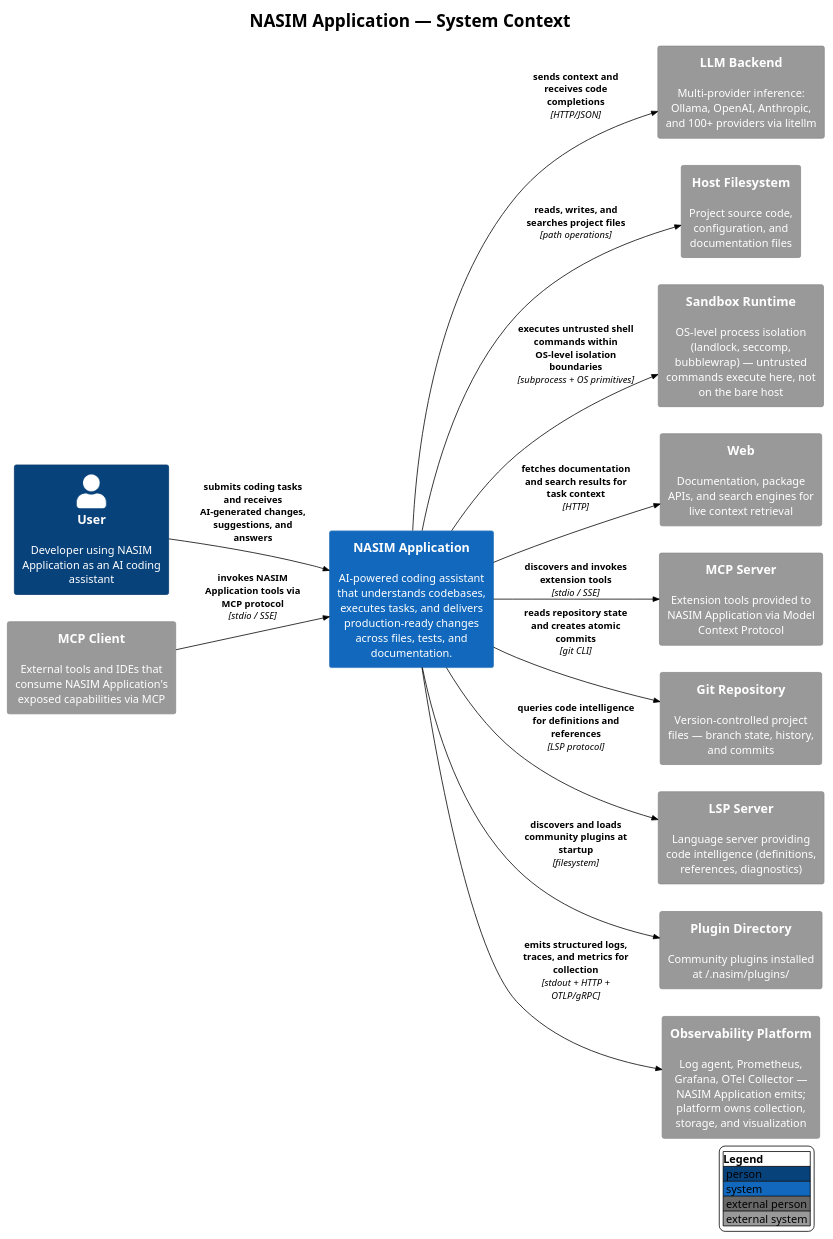
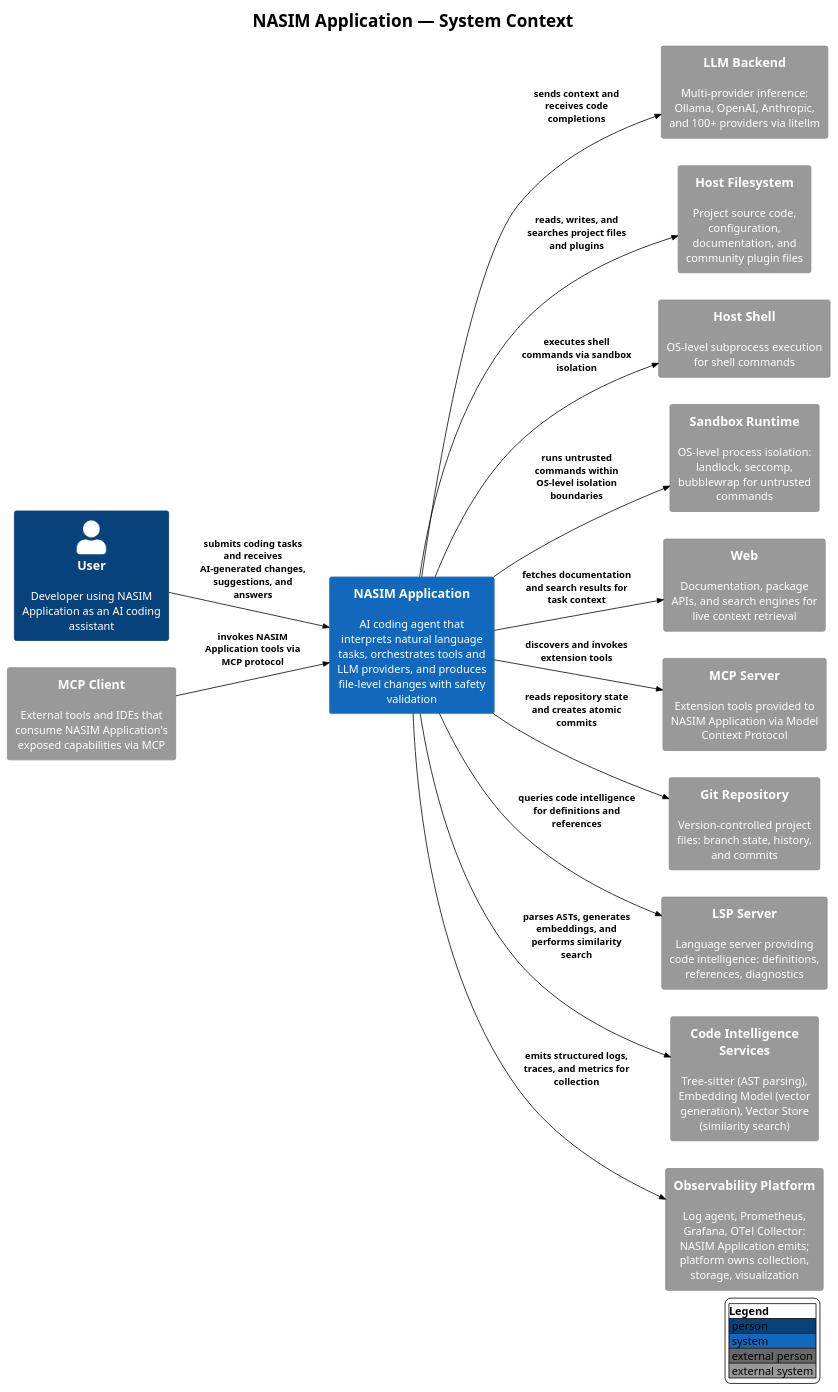
Before and after one commit to salimnamvar/nasim: the diagram in docs/C4/c4_nasim_context.puml, drawn with PlantUML. The commit also changed 1 other file, not shown here.

Commit message:
docs(C4): Update README and context diagram to clarify external systems and their roles; enhance descriptions for improved understanding

```diff
--- a/docs/C4/c4_nasim_context.puml
+++ b/docs/C4/c4_nasim_context.puml
@@ -1,56 +1,65 @@
 @startuml c4_nasim_context
 !include https://raw.githubusercontent.com/plantuml-stdlib/C4-PlantUML/v2.10.0/C4_Context.puml
 !theme plain
 
 ' ============================================================
 ' Title:     NASIM Application — System Context
 ' Boundary:  NASIM Application
 ' Purpose:   Show NASIM Application as a code-agent system with one User actor
 '            and all external systems it depends on or is consumed by.
 '
 '            ABSTRACTION LEVEL NOTES:
 '            This is Level 1 (Context). It shows what the system IS and
 '            what it INTERACTS with — not how it works internally.
-'            Internal implementation details (tree_sitter, embedding_model,
-'            vector_store, CLI vs HTTP entry points) belong in Container
-'            or Component diagrams and are intentionally omitted here.
+'            No containers, no components, no protocols.
+'
+'            GROUPING DECISIONS:
+'            - Plugin Directory is grouped under Host Filesystem because
+'              plugins are accessed via filesystem reads at startup.
+'            - Tree-sitter, Embedding Model, and Vector Store are grouped
+'              as Code Intelligence services because they are all used by
+'              the Repo Intelligence subsystem for code understanding.
+'            - OTel Collector is grouped under Observability Platform
+'              because it is part of the platform's collection pipeline.
 '
 ' Milestone: v1.0
-' Version:   9.0.0
-' Source:    docs/entities.md
+' Version:   9.1.0
+' Source:    docs/entities.md, docs/C4/README.md
 ' Review:    —
 ' ============================================================
 
 LAYOUT_LEFT_RIGHT()
 LAYOUT_WITH_LEGEND()
 
 title NASIM Application — System Context
 
 Person(user, "User", "Developer using NASIM Application as an AI coding assistant")
 
-System(nasim_application, "NASIM Application", "AI-powered coding assistant that understands codebases, executes tasks, and delivers production-ready changes across files, tests, and documentation.")
+System(nasim_application, "NASIM Application", "AI coding agent that interprets natural language tasks, orchestrates tools and LLM providers, and produces file-level changes with safety validation")
 
 System_Ext(llm_backend, "LLM Backend", "Multi-provider inference: Ollama, OpenAI, Anthropic, and 100+ providers via litellm")
-System_Ext(host_fs, "Host Filesystem", "Project source code, configuration, and documentation files")
-System_Ext(sandbox, "Sandbox Runtime", "OS-level process isolation (landlock, seccomp, bubblewrap) — untrusted commands execute here, not on the bare host")
+System_Ext(host_fs, "Host Filesystem", "Project source code, configuration, documentation, and community plugin files")
+System_Ext(host_shell, "Host Shell", "OS-level subprocess execution for shell commands")
+System_Ext(sandbox, "Sandbox Runtime", "OS-level process isolation: landlock, seccomp, bubblewrap for untrusted commands")
 System_Ext(web, "Web", "Documentation, package APIs, and search engines for live context retrieval")
 System_Ext(mcp_server, "MCP Server", "Extension tools provided to NASIM Application via Model Context Protocol")
 System_Ext(mcp_client, "MCP Client", "External tools and IDEs that consume NASIM Application's exposed capabilities via MCP")
-System_Ext(git_repo, "Git Repository", "Version-controlled project files — branch state, history, and commits")
-System_Ext(lsp_server, "LSP Server", "Language server providing code intelligence (definitions, references, diagnostics)")
-System_Ext(plugin_dir, "Plugin Directory", "Community plugins installed at ~/.nasim/plugins/")
-System_Ext(obs_platform, "Observability Platform", "Log agent, Prometheus, Grafana, OTel Collector — NASIM Application emits; platform owns collection, storage, and visualization")
+System_Ext(git_repo, "Git Repository", "Version-controlled project files: branch state, history, and commits")
+System_Ext(lsp_server, "LSP Server", "Language server providing code intelligence: definitions, references, diagnostics")
+System_Ext(code_intel, "Code Intelligence Services", "Tree-sitter (AST parsing), Embedding Model (vector generation), Vector Store (similarity search)")
+System_Ext(obs_platform, "Observability Platform", "Log agent, Prometheus, Grafana, OTel Collector: NASIM Application emits; platform owns collection, storage, visualization")
 
 Rel(user, nasim_application, "submits coding tasks and receives AI-generated changes, suggestions, and answers")
-Rel(nasim_application, llm_backend, "sends context and receives code completions", "HTTP/JSON")
-Rel(nasim_application, host_fs, "reads, writes, and searches project files", "path operations")
-Rel(nasim_application, sandbox, "executes untrusted shell commands within OS-level isolation boundaries", "subprocess + OS primitives")
-Rel(nasim_application, web, "fetches documentation and search results for task context", "HTTP")
-Rel(nasim_application, mcp_server, "discovers and invokes extension tools", "stdio / SSE")
-Rel(mcp_client, nasim_application, "invokes NASIM Application tools via MCP protocol", "stdio / SSE")
-Rel(nasim_application, git_repo, "reads repository state and creates atomic commits", "git CLI")
-Rel(nasim_application, lsp_server, "queries code intelligence for definitions and references", "LSP protocol")
-Rel(nasim_application, plugin_dir, "discovers and loads community plugins at startup", "filesystem")
-Rel(nasim_application, obs_platform, "emits structured logs, traces, and metrics for collection", "stdout + HTTP + OTLP/gRPC")
+Rel(nasim_application, llm_backend, "sends context and receives code completions")
+Rel(nasim_application, host_fs, "reads, writes, and searches project files and plugins")
+Rel(nasim_application, host_shell, "executes shell commands via sandbox isolation")
+Rel(nasim_application, sandbox, "runs untrusted commands within OS-level isolation boundaries")
+Rel(nasim_application, web, "fetches documentation and search results for task context")
+Rel(nasim_application, mcp_server, "discovers and invokes extension tools")
+Rel(mcp_client, nasim_application, "invokes NASIM Application tools via MCP protocol")
+Rel(nasim_application, git_repo, "reads repository state and creates atomic commits")
+Rel(nasim_application, lsp_server, "queries code intelligence for definitions and references")
+Rel(nasim_application, code_intel, "parses ASTs, generates embeddings, and performs similarity search")
+Rel(nasim_application, obs_platform, "emits structured logs, traces, and metrics for collection")
 
 @enduml
```
